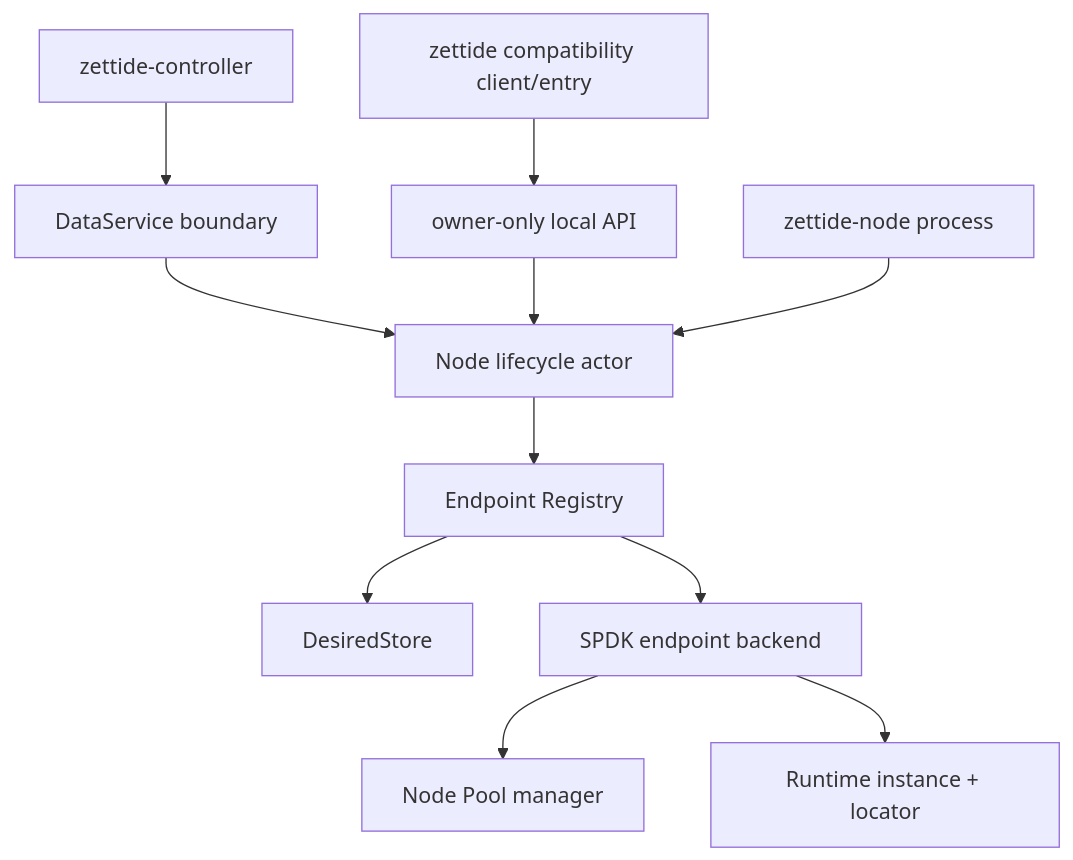
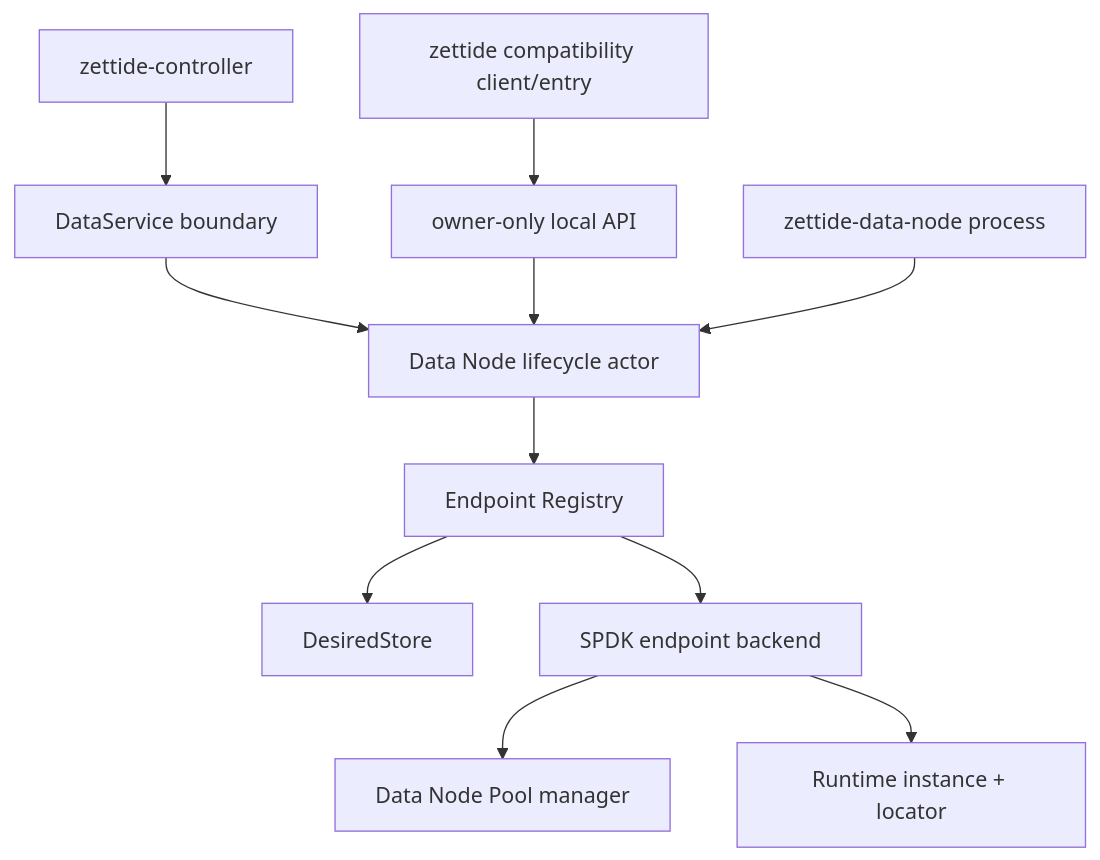
The diagram in docs/architecture/zh-CN/endpoint-lifecycle-map.md (fanyang89/zettide), drawn with Mermaid before and after one commit. The commit also changed other lines of this file and 115 other files, not shown here.

First line of the commit message:
refactor: rename node service to data node

````diff
--- a/docs/architecture/zh-CN/endpoint-lifecycle-map.md
+++ b/docs/architecture/zh-CN/endpoint-lifecycle-map.md
@@ -30,25 +30,25 @@
 ```mermaid
 flowchart TD
     CONTROLLER[zettide-controller]
     DATASVC[DataService boundary]
-    NODE[zettide-node process]
-    ACTOR[Node lifecycle actor]
+    NODE[zettide-data-node process]
+    ACTOR[Data Node lifecycle actor]
     REG[Endpoint Registry]
     STORE[DesiredStore]
     LOCAL[owner-only local API]
-    POOLS[Node Pool manager]
+    POOLS[Data Node Pool manager]
     SPDK[SPDK endpoint backend]
     OBS[Runtime instance + locator]
     CLI[zettide compatibility client/entry]
 
     CONTROLLER --> DATASVC
     DATASVC --> ACTOR
     CLI --> LOCAL
     LOCAL --> ACTOR
     NODE --> ACTOR
     ACTOR --> REG
     REG --> STORE
     REG --> SPDK
     SPDK --> POOLS
     SPDK --> OBS
 ```
````
